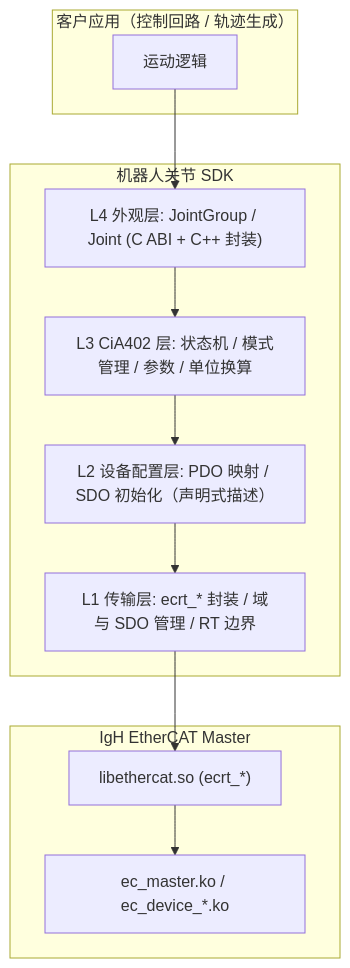
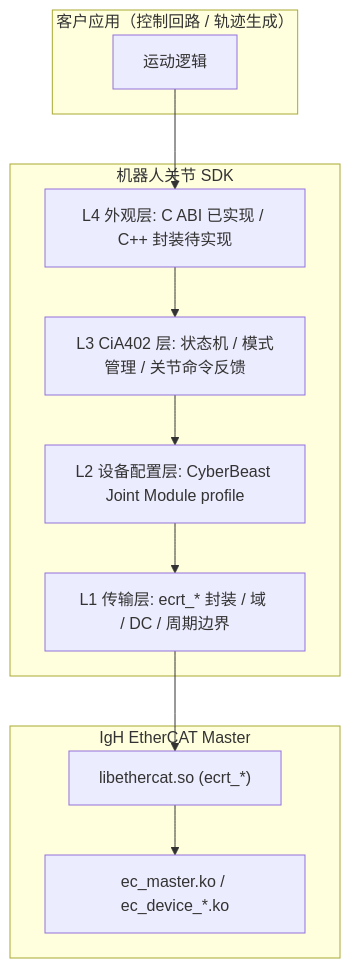
Before and after one commit to cyberbeast0829/EtherCAT_Master_Joint_SDK: the first of 3 diagrams in docs/joint-sdk/ARCHITECTURE.zh-CN.md, drawn with Mermaid. The commit also changed other lines of this file and 11 other files, not shown here.

````diff
--- a/docs/joint-sdk/ARCHITECTURE.zh-CN.md
+++ b/docs/joint-sdk/ARCHITECTURE.zh-CN.md
@@ -57,20 +57,20 @@
 ```mermaid
 graph TD
     subgraph App["客户应用（控制回路 / 轨迹生成）"]
       A1["运动逻辑"]
     end
 
     subgraph SDK["机器人关节 SDK"]
-      L4["L4 外观层: JointGroup / Joint (C ABI + C++ 封装)"]
-      L3["L3 CiA402 层: 状态机 / 模式管理 / 参数 / 单位换算"]
-      L2["L2 设备配置层: PDO 映射 / SDO 初始化（声明式描述）"]
-      L1["L1 传输层: ecrt_* 封装 / 域与 SDO 管理 / RT 边界"]
+      L4["L4 外观层: C ABI 已实现 / C++ 封装待实现"]
+      L3["L3 CiA402 层: 状态机 / 模式管理 / 关节命令反馈"]
+      L2["L2 设备配置层: CyberBeast Joint Module profile"]
+      L1["L1 传输层: ecrt_* 封装 / 域 / DC / 周期边界"]
     end
 
     subgraph IgH["IgH EtherCAT Master"]
       E1["libethercat.so (ecrt_*)"]
       E2["ec_master.ko / ec_device_*.ko"]
     end
 
     A1 --> L4 --> L3 --> L2 --> L1 --> E1 --> E2
 ```
````
